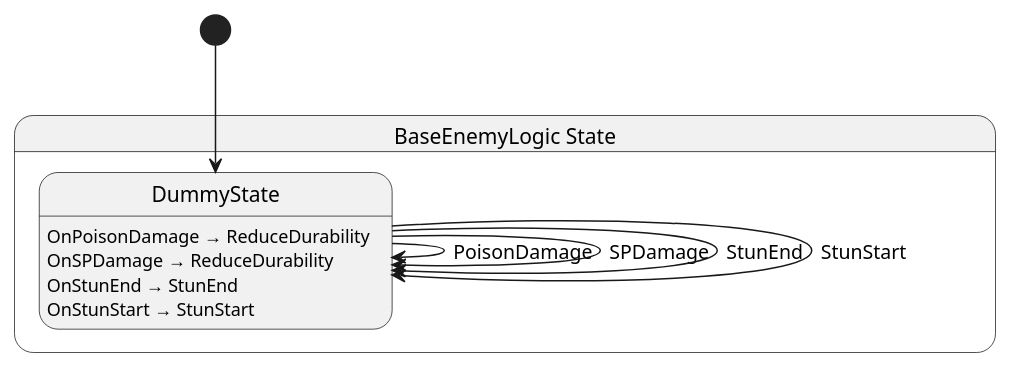
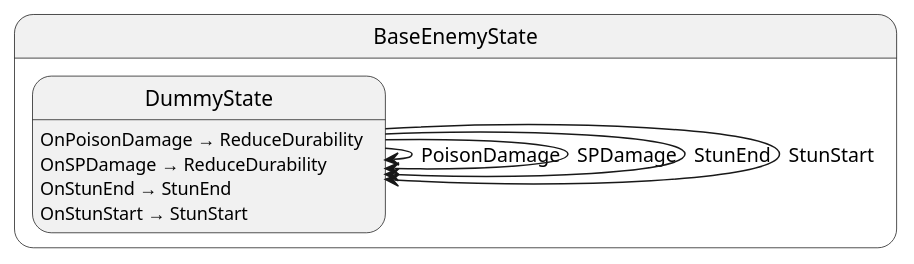
One commit to Ygoat/EternalJourney changed the diagram in src/enemy/base/state/BaseEnemyLogic.g.puml. Above: the diagram before and after it, drawn with PlantUML. The commit also changed 56 other files, not shown here.

```diff
--- a/src/enemy/base/state/BaseEnemyLogic.g.puml
+++ b/src/enemy/base/state/BaseEnemyLogic.g.puml
@@ -1,17 +1,15 @@
-@startuml BaseEnemyLogic
-state "BaseEnemyLogic State" as EternalJourney_Enemy_Base_State_BaseEnemyLogic_State {
-  state "DummyState" as EternalJourney_Enemy_Base_State_BaseEnemyLogic_State_DummyState
+@startuml BaseEnemyState
+state "BaseEnemyState" as EternalJourney_Enemy_Base_State_BaseEnemyState {
+  state "DummyState" as EternalJourney_Enemy_Base_State_BaseEnemyState_DummyState
 }
 
-EternalJourney_Enemy_Base_State_BaseEnemyLogic_State_DummyState --> EternalJourney_Enemy_Base_State_BaseEnemyLogic_State_DummyState : PoisonDamage
-EternalJourney_Enemy_Base_State_BaseEnemyLogic_State_DummyState --> EternalJourney_Enemy_Base_State_BaseEnemyLogic_State_DummyState : SPDamage
-EternalJourney_Enemy_Base_State_BaseEnemyLogic_State_DummyState --> EternalJourney_Enemy_Base_State_BaseEnemyLogic_State_DummyState : StunEnd
-EternalJourney_Enemy_Base_State_BaseEnemyLogic_State_DummyState --> EternalJourney_Enemy_Base_State_BaseEnemyLogic_State_DummyState : StunStart
+EternalJourney_Enemy_Base_State_BaseEnemyState_DummyState --> EternalJourney_Enemy_Base_State_BaseEnemyState_DummyState : PoisonDamage
+EternalJourney_Enemy_Base_State_BaseEnemyState_DummyState --> EternalJourney_Enemy_Base_State_BaseEnemyState_DummyState : SPDamage
+EternalJourney_Enemy_Base_State_BaseEnemyState_DummyState --> EternalJourney_Enemy_Base_State_BaseEnemyState_DummyState : StunEnd
+EternalJourney_Enemy_Base_State_BaseEnemyState_DummyState --> EternalJourney_Enemy_Base_State_BaseEnemyState_DummyState : StunStart
 
-EternalJourney_Enemy_Base_State_BaseEnemyLogic_State_DummyState : OnPoisonDamage → ReduceDurability
-EternalJourney_Enemy_Base_State_BaseEnemyLogic_State_DummyState : OnSPDamage → ReduceDurability
-EternalJourney_Enemy_Base_State_BaseEnemyLogic_State_DummyState : OnStunEnd → StunEnd
-EternalJourney_Enemy_Base_State_BaseEnemyLogic_State_DummyState : OnStunStart → StunStart
-
-[*] --> EternalJourney_Enemy_Base_State_BaseEnemyLogic_State_DummyState
+EternalJourney_Enemy_Base_State_BaseEnemyState_DummyState : OnPoisonDamage → ReduceDurability
+EternalJourney_Enemy_Base_State_BaseEnemyState_DummyState : OnSPDamage → ReduceDurability
+EternalJourney_Enemy_Base_State_BaseEnemyState_DummyState : OnStunEnd → StunEnd
+EternalJourney_Enemy_Base_State_BaseEnemyState_DummyState : OnStunStart → StunStart
 @enduml
```
